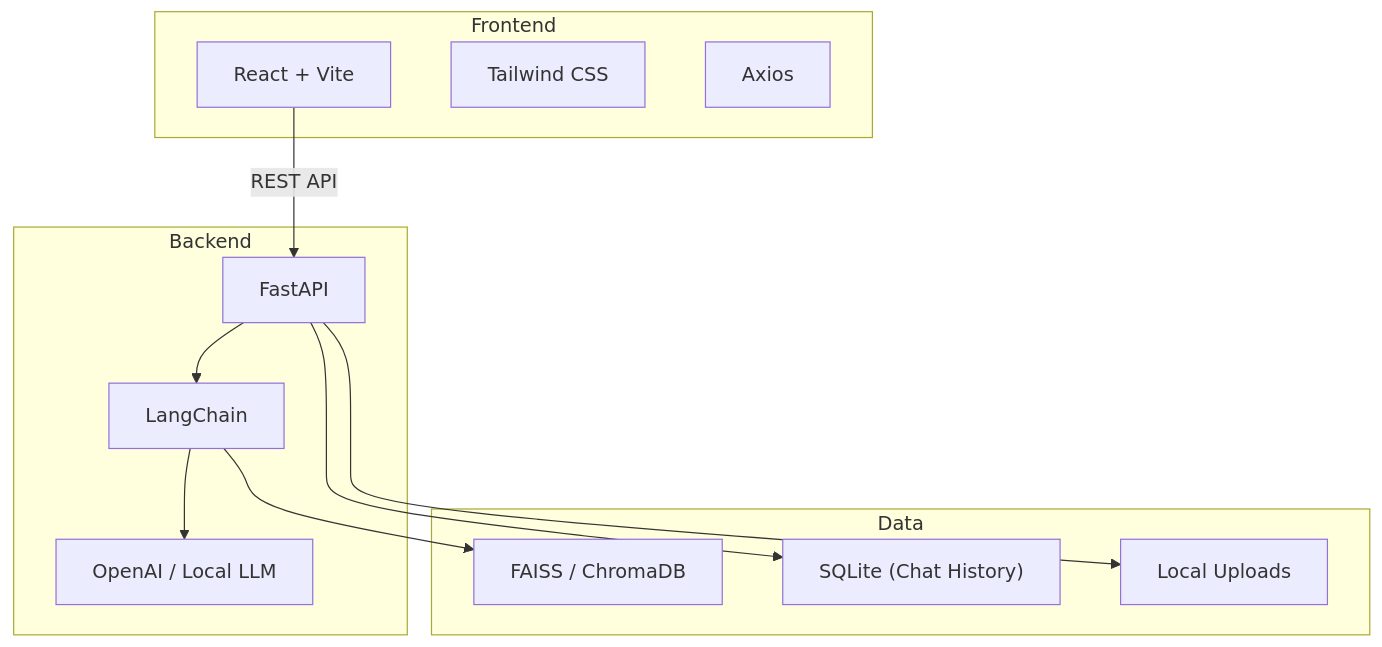
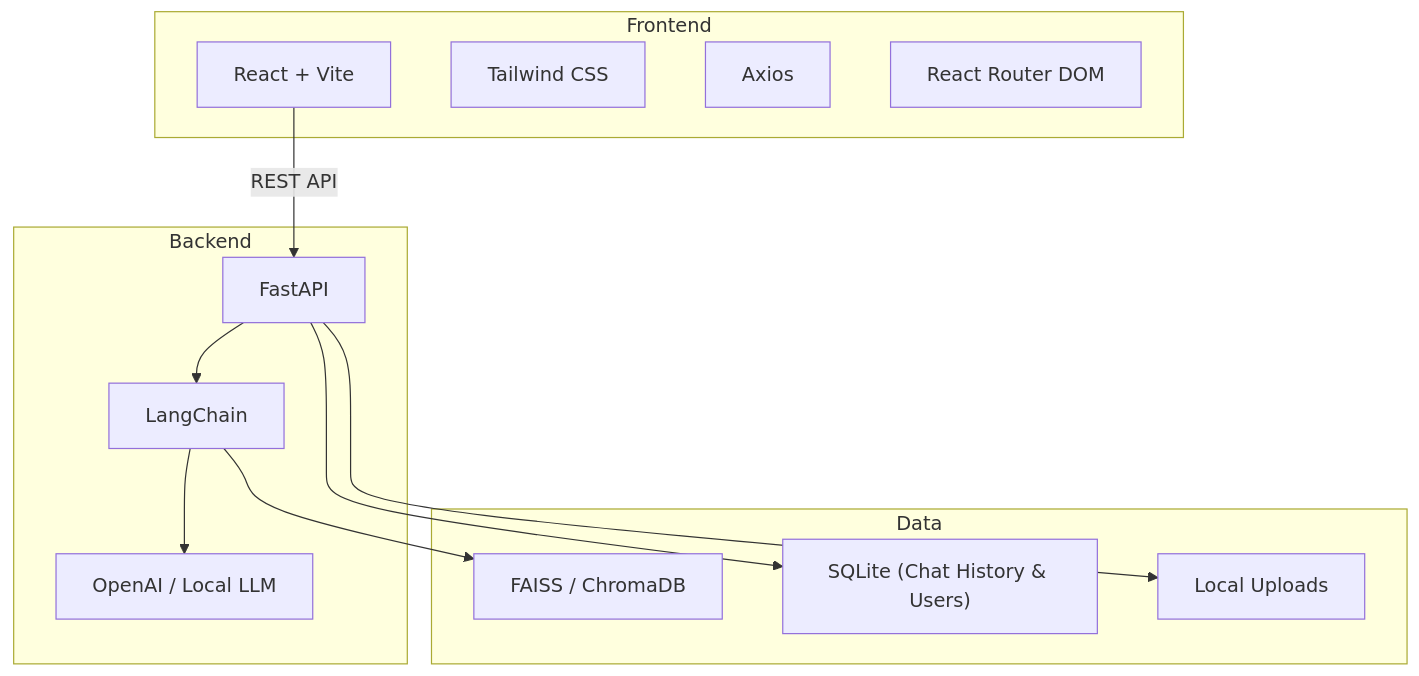
One commit to harshcoder-harsh/IntelliRAG changed the first of 3 diagrams in .trae/documents/technical-architecture.md. Above: the diagram before and after it, drawn with Mermaid. The commit also changed other lines of this file and 6 other files, not shown here.

````diff
--- a/.trae/documents/technical-architecture.md
+++ b/.trae/documents/technical-architecture.md
@@ -2,24 +2,25 @@
 ```mermaid
 graph TD
     subgraph Frontend
         React["React + Vite"]
         Tailwind["Tailwind CSS"]
         Axios["Axios"]
+        Router["React Router DOM"]
     end
     subgraph Backend
         FastAPI["FastAPI"]
         LangChain["LangChain"]
         LLM["OpenAI / Local LLM"]
     end
     subgraph Data
         VectorDB["FAISS / ChromaDB"]
-        SQLite["SQLite (Chat History)"]
+        SQLite["SQLite (Chat History & Users)"]
         FileSystem["Local Uploads"]
     end
     React -->|REST API| FastAPI
     FastAPI --> LangChain
     LangChain --> LLM
     LangChain --> VectorDB
     FastAPI --> SQLite
     FastAPI --> FileSystem
 ```
````
